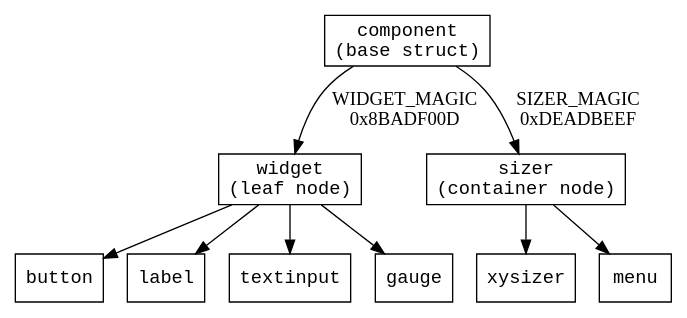
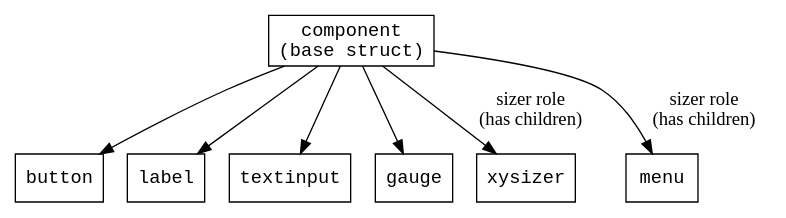
The first of 2 diagrams in docs/source/architecture/gui.rst (omf2097/openomf), drawn with Graphviz before and after one commit. The commit also changed other lines of this file and 26 other files, not shown here.

Commit message:
gui: Fold sizer and widget into component

```diff
--- a/docs/source/architecture/gui.rst
+++ b/docs/source/architecture/gui.rst
@@ -13,30 +11,24 @@
 .. graphviz::
 
    digraph component_hierarchy {
        rankdir=TB
        node [shape=box, fontname="monospace"]
 
        component [label="component\n(base struct)"]
-
-       widget [label="widget\n(leaf node)"]
-       sizer [label="sizer\n(container node)"]
-
-       component -> widget [label="WIDGET_MAGIC\n0x8BADF00D"]
-       component -> sizer [label="SIZER_MAGIC\n0xDEADBEEF"]
 
        button [label="button"]
        label [label="label"]
        textinput [label="textinput"]
        gauge [label="gauge"]
 
        xysizer [label="xysizer"]
        menu [label="menu"]
 
-       widget -> button
-       widget -> label
-       widget -> textinput
-       widget -> gauge
+       component -> button
+       component -> label
+       component -> textinput
+       component -> gauge
 
-       sizer -> xysizer
-       sizer -> menu
+       component -> xysizer [label="sizer role\n(has children)"]
+       component -> menu [label="sizer role\n(has children)"]
    }
```
